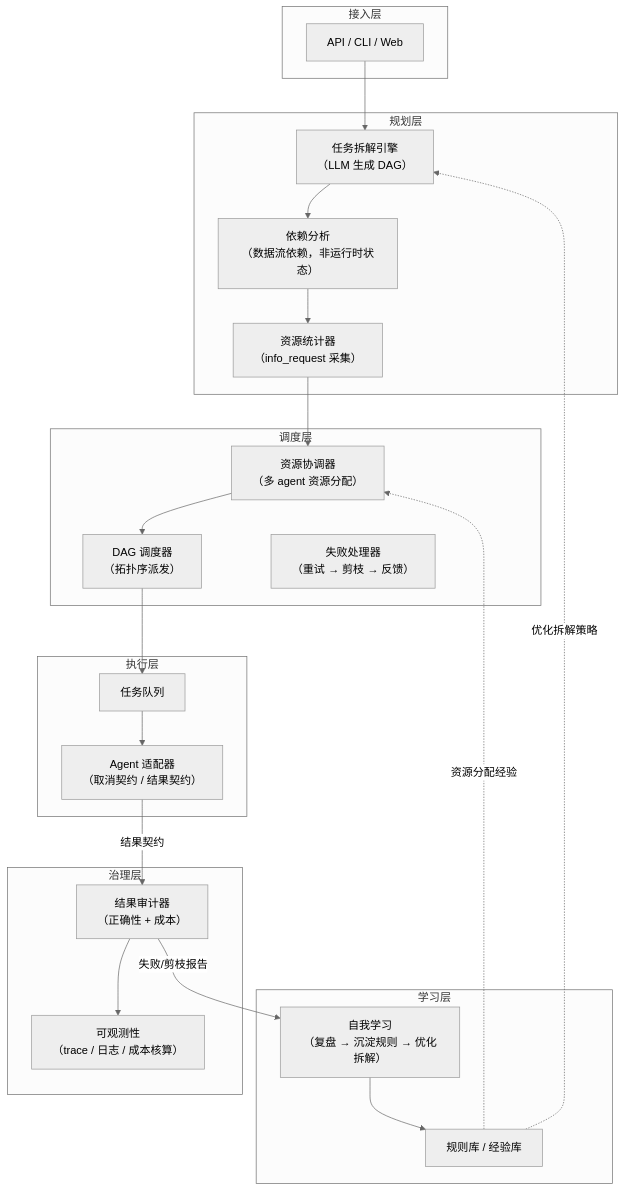
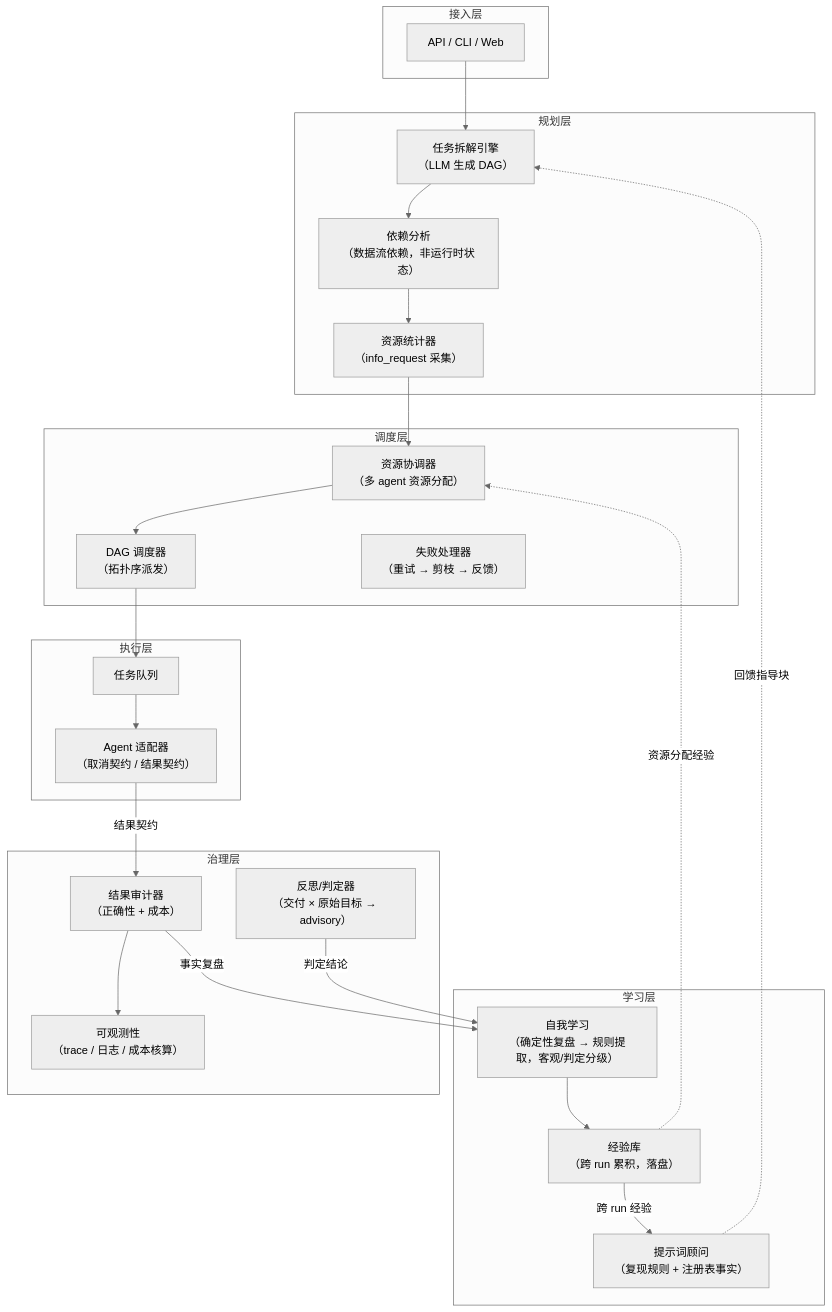
The first of 2 diagrams in docs/architecture.md (hankwangcn/agents-orchestration), drawn with Mermaid (neutral theme) before and after one commit. The commit also changed other lines of this file and 12 other files, not shown here.

````diff
--- a/docs/architecture.md
+++ b/docs/architecture.md
@@ -44,45 +44,49 @@
 ```mermaid
 flowchart TB
     subgraph UI["接入层"]
         API["API / CLI / Web"]
     end
 
     subgraph PLAN["规划层"]
         TD["任务拆解引擎<br/>（LLM 生成 DAG）"]
         RS["资源统计器<br/>（info_request 采集）"]
         DEP["依赖分析<br/>（数据流依赖，非运行时状态）"]
     end
 
     subgraph SCHED["调度层"]
         RC["资源协调器<br/>（多 agent 资源分配）"]
         SCH["DAG 调度器<br/>（拓扑序派发）"]
         FH["失败处理器<br/>（重试 → 剪枝 → 反馈）"]
     end
 
     subgraph EXEC["执行层"]
         AC["Agent 适配器<br/>（取消契约 / 结果契约）"]
         QT["任务队列"]
     end
 
     subgraph GOV["治理层"]
         AU["结果审计器<br/>（正确性 + 成本）"]
+        RF["反思/判定器<br/>（交付 × 原始目标 → advisory）"]
         OB["可观测性<br/>（trace / 日志 / 成本核算）"]
     end
 
     subgraph LEARN["学习层"]
-        LRN["自我学习<br/>（复盘 → 沉淀规则 → 优化拆解）"]
-        KB["规则库 / 经验库"]
+        LRN["自我学习<br/>（确定性复盘 → 规则提取，客观/判定分级）"]
+        KB["经验库<br/>（跨 run 累积，落盘）"]
+        PA["提示词顾问<br/>（复现规则 + 注册表事实）"]
     end
 
     API --> TD
     TD --> DEP --> RS
     RS --> RC
     RC --> SCH
     SCH --> QT --> AC
     AC -->|结果契约| AU
     AU --> OB
-    AU -->|失败/剪枝报告| LRN
+    AU -->|事实复盘| LRN
+    RF -->|判定结论| LRN
     LRN --> KB
-    KB -.->|优化拆解策略| TD
+    KB -->|跨 run 经验| PA
+    PA -.->|回馈指导块| TD
     KB -.->|资源分配经验| RC
 ```
````
